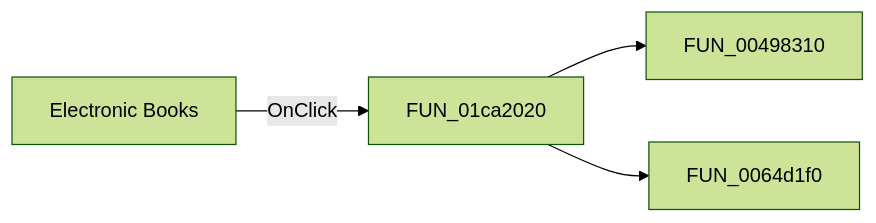
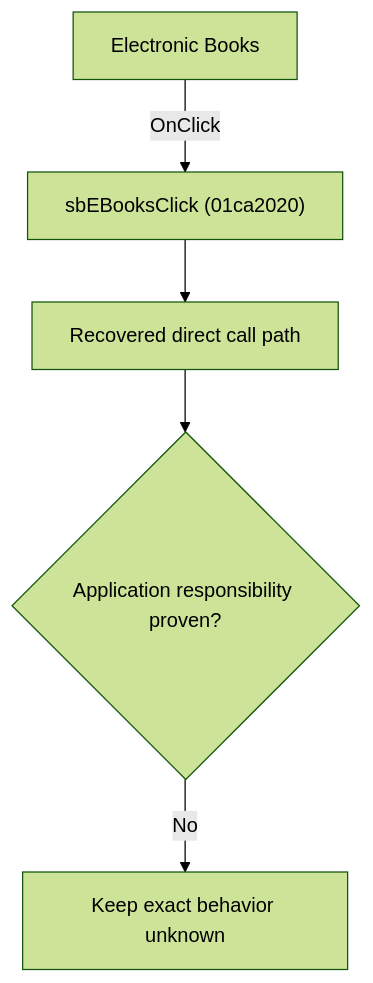
One commit to MovGP0/TIARA changed the diagram in docs/ui-controls/schematiceditor/sbebooks-64bd69e5a2.md. Above: the diagram before and after it, drawn with Mermaid (forest theme). The commit also changed other lines of this file and 1062 other files, not shown here.

````diff
--- a/docs/ui-controls/schematiceditor/sbebooks-64bd69e5a2.md
+++ b/docs/ui-controls/schematiceditor/sbebooks-64bd69e5a2.md
@@ -27,6 +27,7 @@
 ```mermaid
-flowchart LR
-    control["Electronic Books"] -->|OnClick| handler["FUN_01ca2020"]
-    handler --> call1["FUN_00498310"]
-    handler --> call2["FUN_0064d1f0"]
+flowchart TD
+    control["Electronic Books"] -->|"OnClick"| handler["sbEBooksClick (01ca2020)"]
+    handler --> recovered["Recovered direct call path"]
+    recovered --> gap{"Application responsibility proven?"}
+    gap -->|"No"| blocked["Keep exact behavior unknown"]
 ```
````
